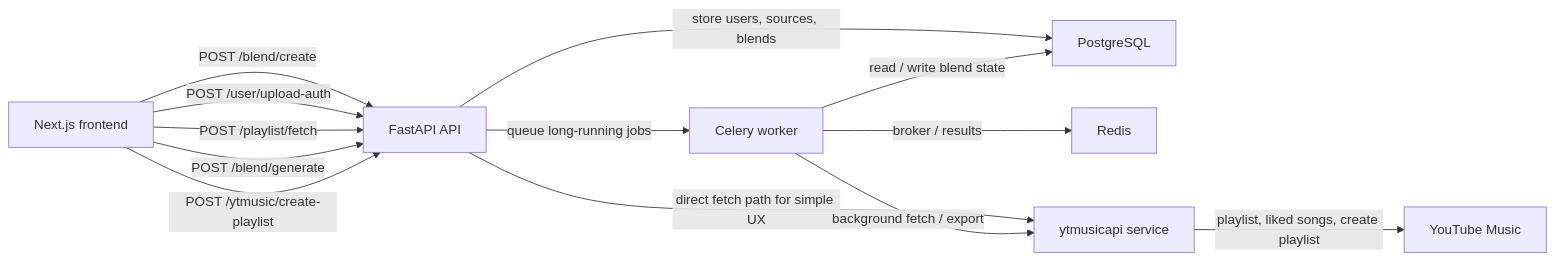
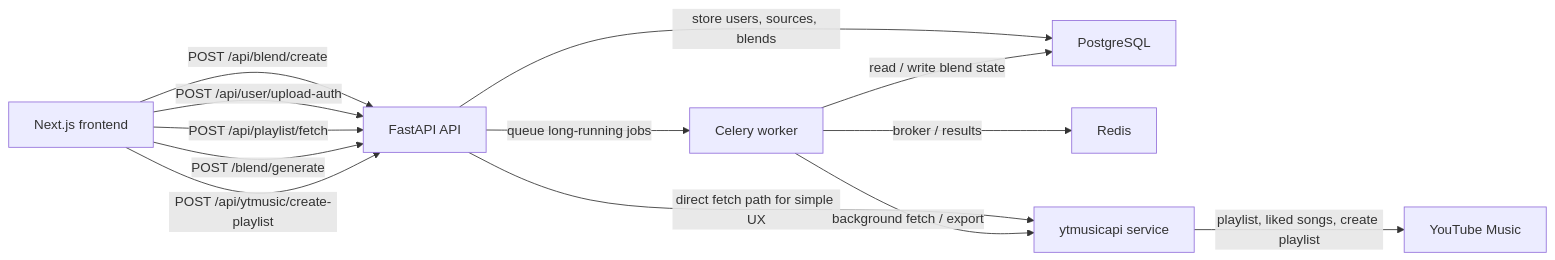
Before and after one commit to Erebuzzz/merge-ytm: the diagram in README.md, drawn with Mermaid. The commit also changed other lines of this file and 5 other files, not shown here.

````diff
--- a/README.md
+++ b/README.md
@@ -28,16 +28,16 @@
 ```mermaid
 flowchart LR
-    A["Next.js frontend"] -->|"POST /blend/create"| B["FastAPI API"]
-    A -->|"POST /user/upload-auth"| B
-    A -->|"POST /playlist/fetch"| B
+    A["Next.js frontend"] -->|"POST /api/blend/create"| B["FastAPI API"]
+    A -->|"POST /api/user/upload-auth"| B
+    A -->|"POST /api/playlist/fetch"| B
     A -->|"POST /blend/generate"| B
-    A -->|"POST /ytmusic/create-playlist"| B
+    A -->|"POST /api/ytmusic/create-playlist"| B
 
     B -->|"store users, sources, blends"| C["PostgreSQL"]
     B -->|"queue long-running jobs"| D["Celery worker"]
     D -->|"broker / results"| E["Redis"]
     D -->|"read / write blend state"| C
     B -->|"direct fetch path for simple UX"| F["ytmusicapi service"]
     D -->|"background fetch / export"| F
     F -->|"playlist, liked songs, create playlist"| G["YouTube Music"]
 ```
````
